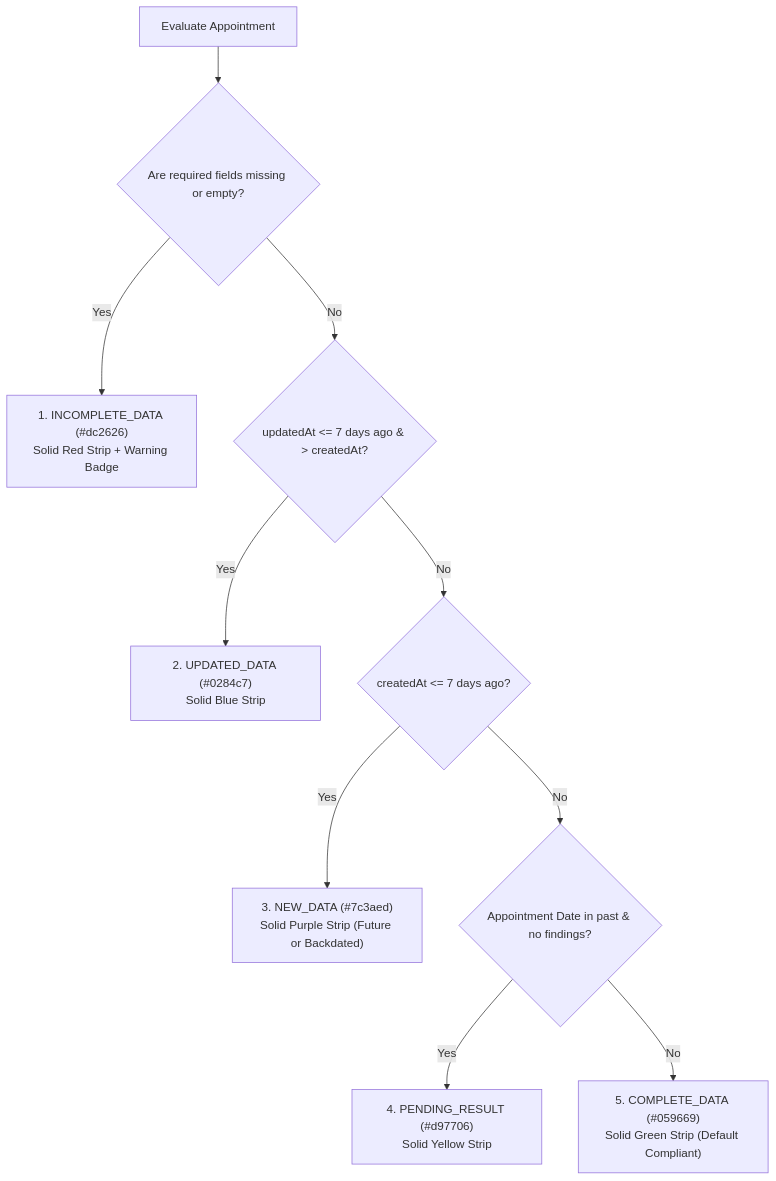
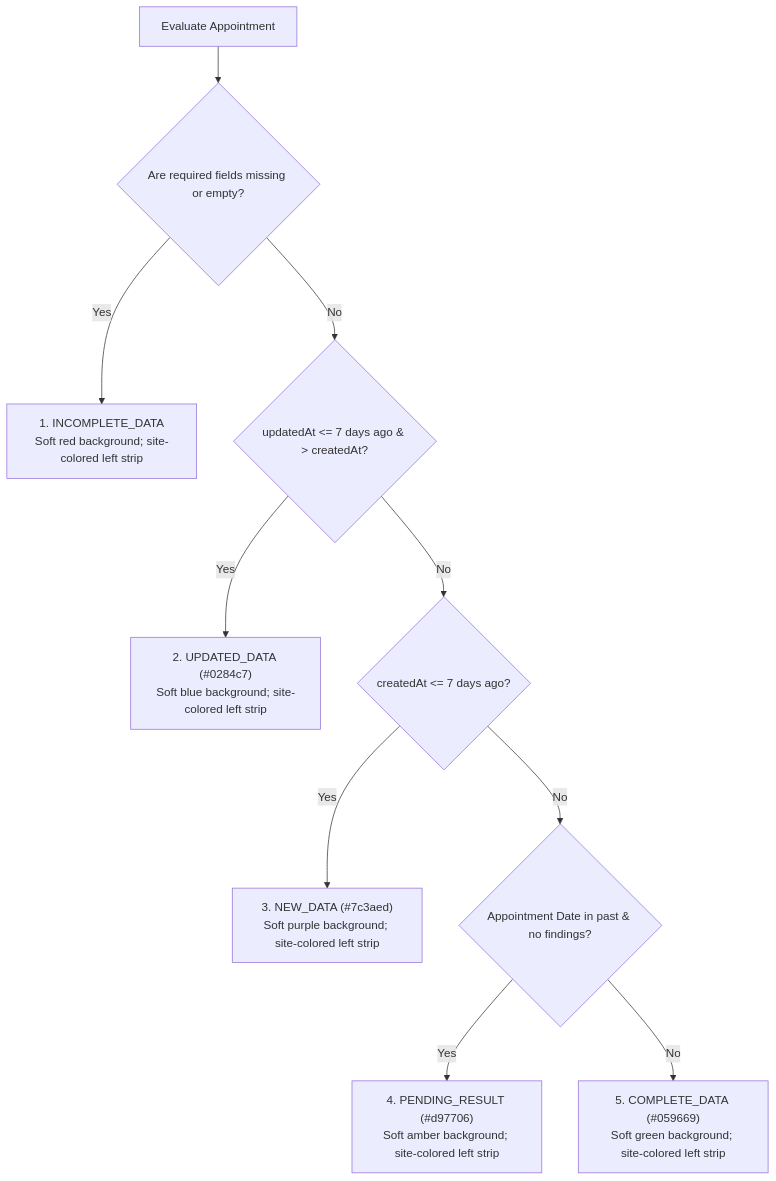
One commit to BAXMAY/Calendar-QA changed the second of 2 diagrams in docs/HANDOVER.md. Above: the diagram before and after it, drawn with Mermaid. The commit also changed other lines of this file and 6 other files, not shown here.

````diff
--- a/docs/HANDOVER.md
+++ b/docs/HANDOVER.md
@@ -129,12 +132,12 @@
 ```mermaid
 flowchart TD
     Start["Evaluate Appointment"] --> CheckIncomplete{"Are required fields missing or empty?"}
-    CheckIncomplete -- Yes --> Red["1. INCOMPLETE_DATA (#dc2626)<br/>Solid Red Strip + Warning Badge"]
+    CheckIncomplete -- Yes --> Red["1. INCOMPLETE_DATA<br/>Soft red background; site-colored left strip"]
     CheckIncomplete -- No --> CheckUpdated{"updatedAt <= 7 days ago & > createdAt?"}
-    CheckUpdated -- Yes --> Blue["2. UPDATED_DATA (#0284c7)<br/>Solid Blue Strip"]
+    CheckUpdated -- Yes --> Blue["2. UPDATED_DATA (#0284c7)<br/>Soft blue background; site-colored left strip"]
     CheckUpdated -- No --> CheckNew{"createdAt <= 7 days ago?"}
-    CheckNew -- Yes --> Green["3. NEW_DATA (#7c3aed)<br/>Solid Purple Strip (Future or Backdated)"]
+    CheckNew -- Yes --> Purple["3. NEW_DATA (#7c3aed)<br/>Soft purple background; site-colored left strip"]
     CheckNew -- No --> CheckPending{"Appointment Date in past & no findings?"}
-    CheckPending -- Yes --> Yellow["4. PENDING_RESULT (#d97706)<br/>Solid Yellow Strip"]
-    CheckPending -- No --> Gray["5. COMPLETE_DATA (#059669)<br/>Solid Green Strip (Default Compliant)"]
+    CheckPending -- Yes --> Yellow["4. PENDING_RESULT (#d97706)<br/>Soft amber background; site-colored left strip"]
+    CheckPending -- No --> Green["5. COMPLETE_DATA (#059669)<br/>Soft green background; site-colored left strip"]
 ```
````
